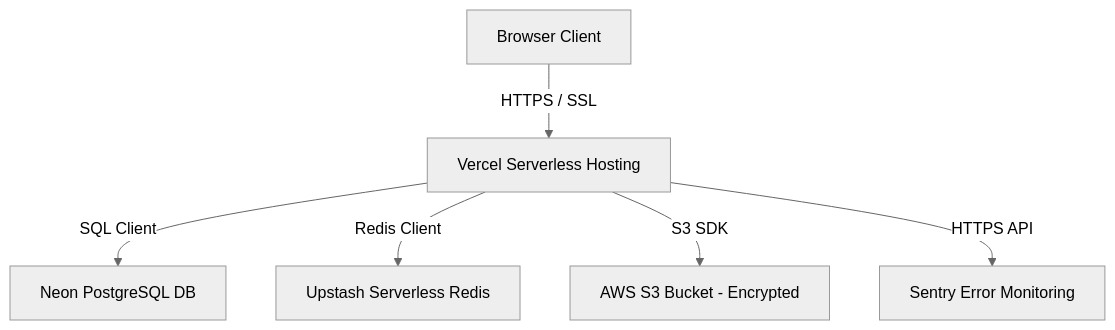
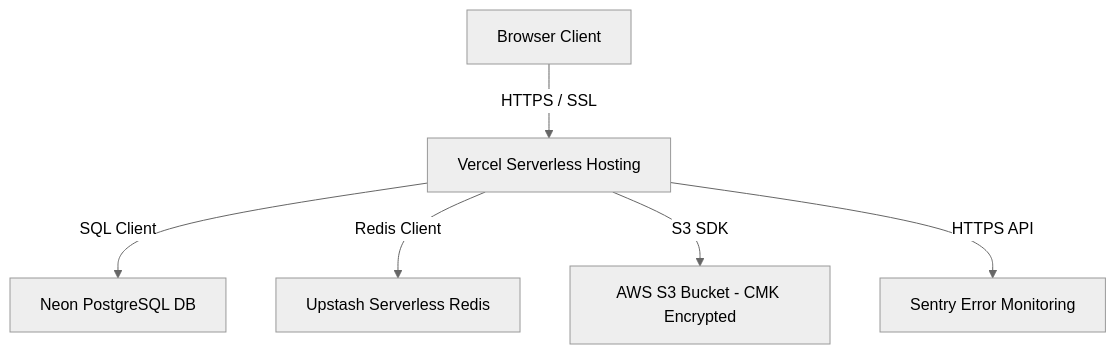
Before and after one commit to OneBoatSolutions/compliance: the diagram in docs/deployment.md, drawn with Mermaid (neutral theme). The commit also changed other lines of this file and 7 other files, not shown here.

````diff
--- a/docs/deployment.md
+++ b/docs/deployment.md
@@ -16,8 +11,8 @@
 ```mermaid
 graph TD
     Client[Browser Client] -->|HTTPS / SSL| Vercel[Vercel Serverless Hosting]
     Vercel -->|SQL Client| Neon[Neon PostgreSQL DB]
     Vercel -->|Redis Client| Upstash[Upstash Serverless Redis]
-    Vercel -->|S3 SDK| S3[AWS S3 Bucket - Encrypted]
+    Vercel -->|S3 SDK| S3[AWS S3 Bucket - CMK Encrypted]
     Vercel -->|HTTPS API| Sentry[Sentry Error Monitoring]
 ```
````
